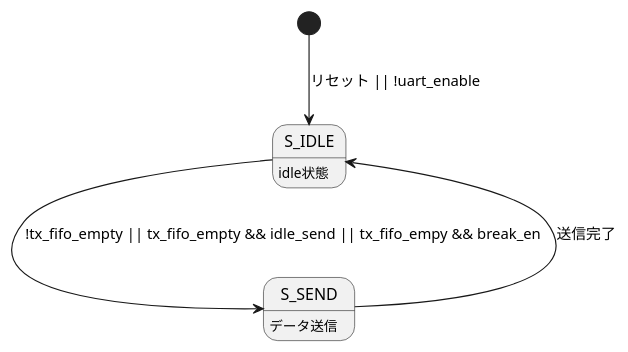
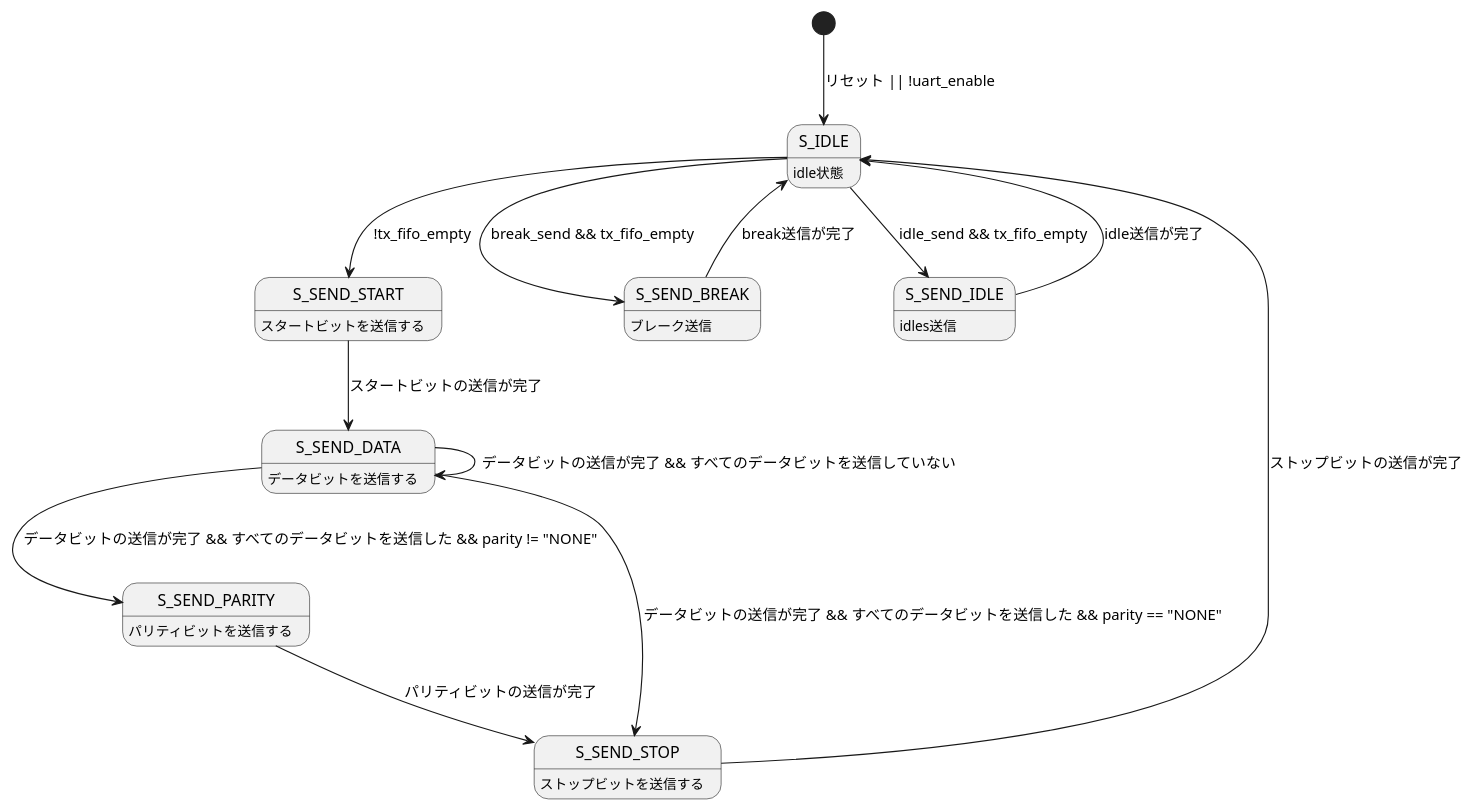
Before and after one commit to YKengo1224/rtl-ip-library: the diagram in peripheral/uart/doc/figure/uart_tx_fsm.pu, drawn with PlantUML. The commit also changed 5 other files, not shown here.

```diff
--- a/peripheral/uart/doc/figure/uart_tx_fsm.pu
+++ b/peripheral/uart/doc/figure/uart_tx_fsm.pu
@@ -1,13 +1,30 @@
 @startuml
 hide empty description
 
 [*] --> S_IDLE : リセット || !uart_enable
 
 S_IDLE :idle状態
-S_SEND :データ送信
+S_SEND_START : スタートビットを送信する
+S_SEND_DATA : データビットを送信する
+S_SEND_PARITY : パリティビットを送信する
+S_SEND_STOP : ストップビットを送信する
+S_SEND_BREAK :ブレーク送信
+S_SEND_IDLE :idles送信
 
 
-S_IDLE --> S_SEND : !tx_fifo_empty || tx_fifo_empty && idle_send || tx_fifo_empy && break_en 
-S_SEND --> S_IDLE : 送信完了
+
+
+S_IDLE --> S_SEND_BREAK : break_send && tx_fifo_empty
+S_IDLE --> S_SEND_IDLE : idle_send && tx_fifo_empty
+S_IDLE --> S_SEND_START : !tx_fifo_empty
+S_SEND_START --> S_SEND_DATA : スタートビットの送信が完了
+S_SEND_DATA --> S_SEND_DATA : データビットの送信が完了 && すべてのデータビットを送信していない
+S_SEND_DATA --> S_SEND_PARITY : データビットの送信が完了 && すべてのデータビットを送信した && parity != "NONE"
+S_SEND_DATA --> S_SEND_STOP : データビットの送信が完了 && すべてのデータビットを送信した && parity == "NONE"
+S_SEND_PARITY --> S_SEND_STOP : パリティビットの送信が完了
+S_SEND_STOP --> S_IDLE : ストップビットの送信が完了
+S_SEND_IDLE --> S_IDLE : idle送信が完了
+S_SEND_BREAK --> S_IDLE : break送信が完了
+
 
 @enduml
```
